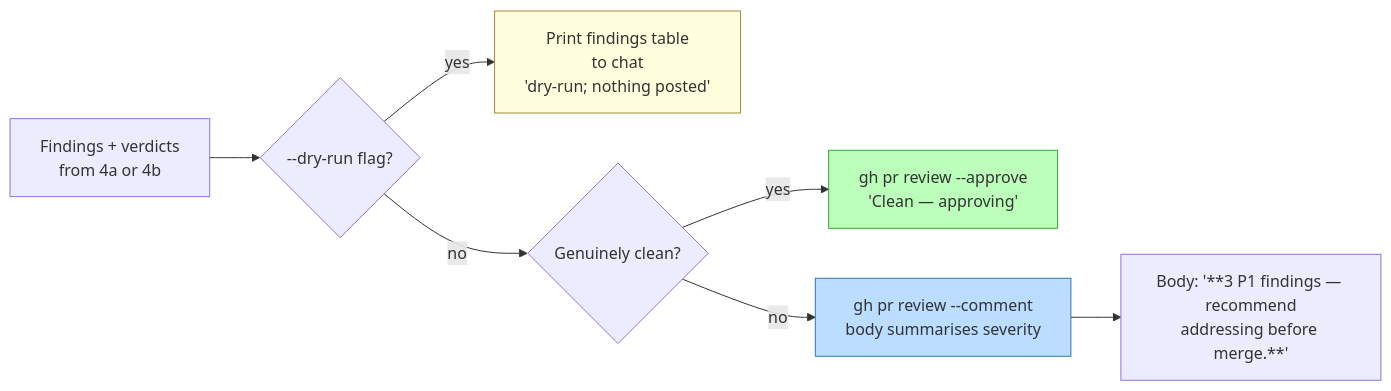
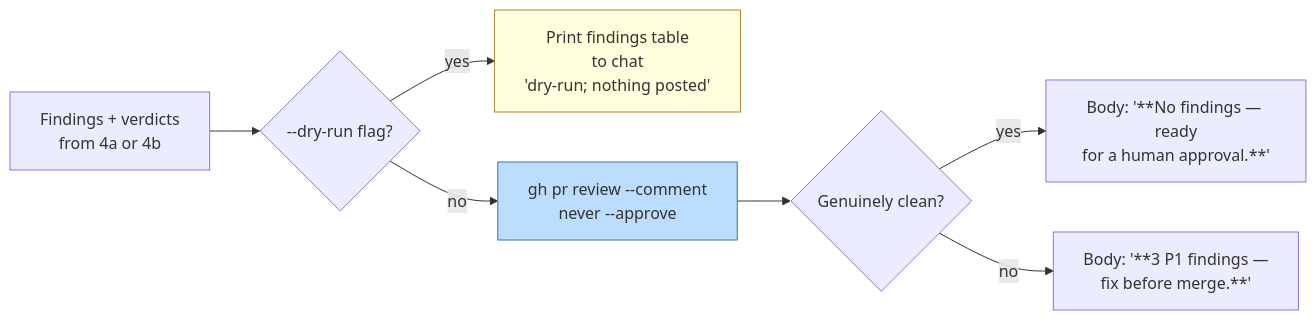
Before and after one commit to pkesavangg/pr-review-skills: the tenth of 17 diagrams in HOW-IT-WORKS.md, drawn with Mermaid. The commit also changed other lines of this file and 6 other files, not shown here.

````diff
--- a/HOW-IT-WORKS.md
+++ b/HOW-IT-WORKS.md
@@ -470,14 +470,12 @@
 ```mermaid
 flowchart LR
     Pipeline[Findings + verdicts<br/>from 4a or 4b] --> DryRun{--dry-run flag?}
     DryRun -- yes --> Print[Print findings table<br/>to chat<br/>'dry-run; nothing posted']
-    DryRun -- no --> Clean{Genuinely clean?}
-    Clean -- yes --> Approve[gh pr review --approve<br/>'Clean — approving']
-    Clean -- no --> Comment[gh pr review --comment<br/>body summarises severity]
-
-    Comment --> Body[Body: '**3 P1 findings — recommend<br/>addressing before merge.**']
+    DryRun -- no --> Comment[gh pr review --comment<br/>never --approve]
+    Comment --> Clean{Genuinely clean?}
+    Clean -- yes --> CleanBody[Body: '**No findings — ready<br/>for a human approval.**']
+    Clean -- no --> Body[Body: '**3 P1 findings —<br/>fix before merge.**']
 
     style Print fill:#ffd,stroke:#a83
-    style Approve fill:#bfb,stroke:#3a3
     style Comment fill:#bdf,stroke:#37a
 ```
````
